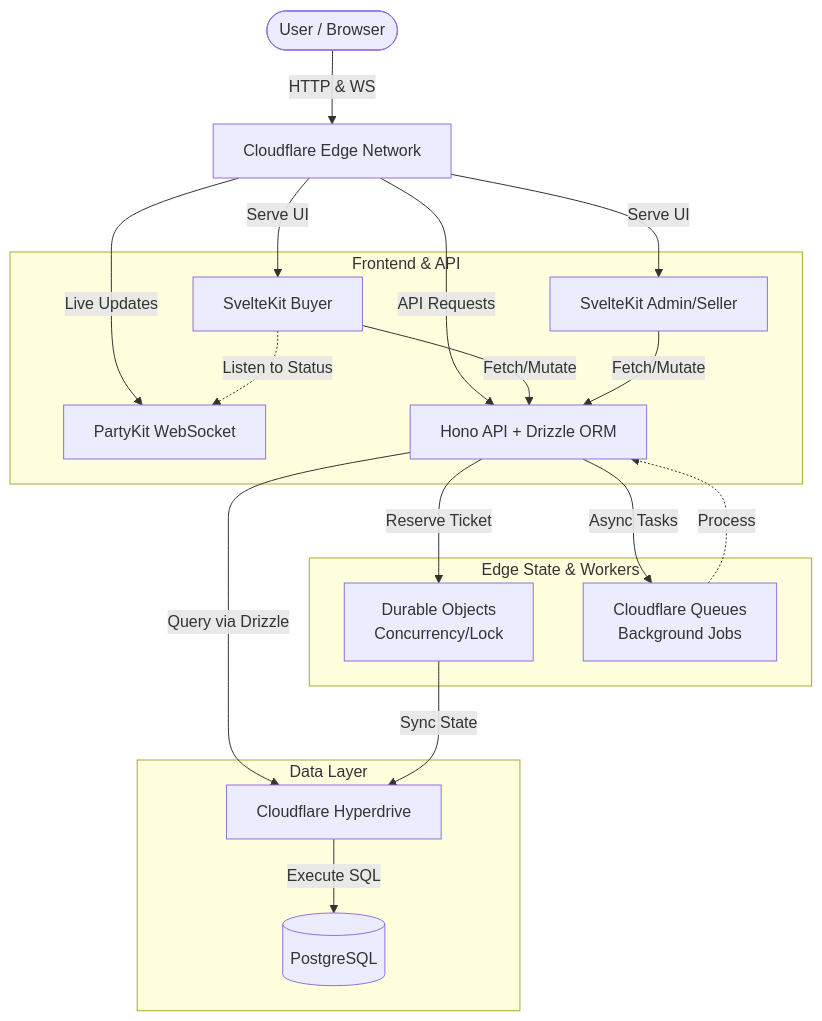
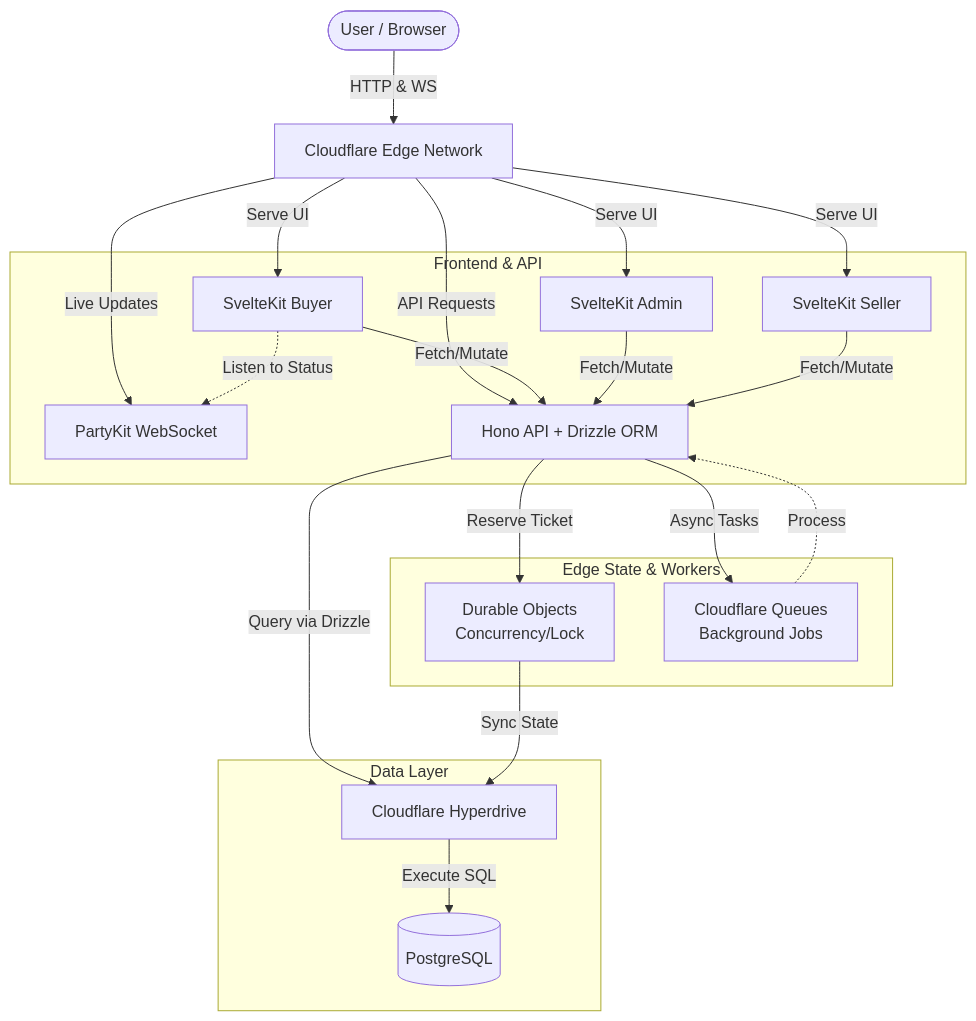
Before and after one commit to oppytut/jeevatix: the diagram in README.md, drawn with Mermaid. The commit also changed other lines of this file and 5 other files, not shown here.

````diff
--- a/README.md
+++ b/README.md
@@ -30,40 +31,43 @@
 ```mermaid
 graph TD
     User([User / Browser])
     CF_Edge[Cloudflare Edge Network]
     
     subgraph Frontend & API
         Buyer[SvelteKit Buyer]
-        Admin[SvelteKit Admin/Seller]
+        Admin[SvelteKit Admin]
+        Seller[SvelteKit Seller]
         PartyKit[PartyKit WebSocket]
         API[Hono API + Drizzle ORM]
     end
     
     subgraph Edge State & Workers
         DO[Durable Objects <br> Concurrency/Lock]
         Queue[Cloudflare Queues <br> Background Jobs]
     end
     
     subgraph Data Layer
         Hyperdrive[Cloudflare Hyperdrive]
         DB[(PostgreSQL)]
     end
 
     User -->|HTTP & WS| CF_Edge
     CF_Edge -->|Serve UI| Buyer
     CF_Edge -->|Serve UI| Admin
+    CF_Edge -->|Serve UI| Seller
     CF_Edge -->|API Requests| API
     CF_Edge -->|Live Updates| PartyKit
 
     Buyer -->|Fetch/Mutate| API
     Admin -->|Fetch/Mutate| API
+    Seller -->|Fetch/Mutate| API
     Buyer -.->|Listen to Status| PartyKit
     
     API -->|Reserve Ticket| DO
     API -->|Async Tasks| Queue
     API -->|Query via Drizzle| Hyperdrive
     DO -->|Sync State| Hyperdrive
     Queue -.->|Process| API
     
     Hyperdrive -->|Execute SQL| DB
 ```
````
